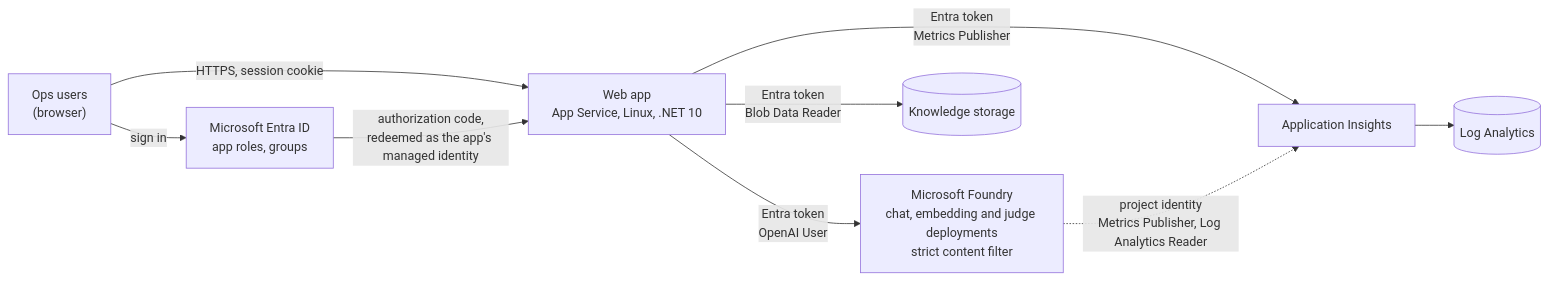
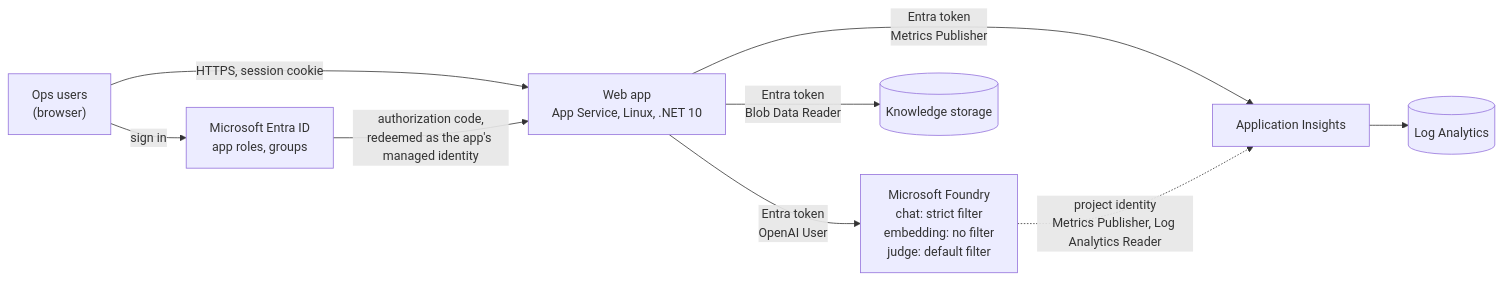
One commit to ankurparekh1988/payment-ops-investigation-agent changed the first of 3 diagrams in docs/Architecture.md. Above: the diagram before and after it, drawn with Mermaid. The commit also changed other lines of this file and 39 other files, not shown here.

````diff
--- a/docs/Architecture.md
+++ b/docs/Architecture.md
@@ -23,11 +24,11 @@
 ```mermaid
 flowchart LR
   U["Ops users<br/>(browser)"] -->|HTTPS, session cookie| APP["Web app<br/>App Service, Linux, .NET 10"]
   U -->|sign in| E["Microsoft Entra ID<br/>app roles, groups"]
   E -->|"authorization code,<br/>redeemed as the app's managed identity"| APP
-  APP -->|"Entra token<br/>OpenAI User"| F["Microsoft Foundry<br/>chat, embedding and judge deployments<br/>strict content filter"]
+  APP -->|"Entra token<br/>OpenAI User"| F["Microsoft Foundry<br/>chat: strict filter<br/>embedding: no filter<br/>judge: default filter"]
   APP -->|"Entra token<br/>Blob Data Reader"| ST[("Knowledge storage")]
   APP -->|"Entra token<br/>Metrics Publisher"| AI["Application Insights"]
   AI --> LA[("Log Analytics")]
   F -.->|"project identity<br/>Metrics Publisher, Log Analytics Reader"| AI
 ```
````
